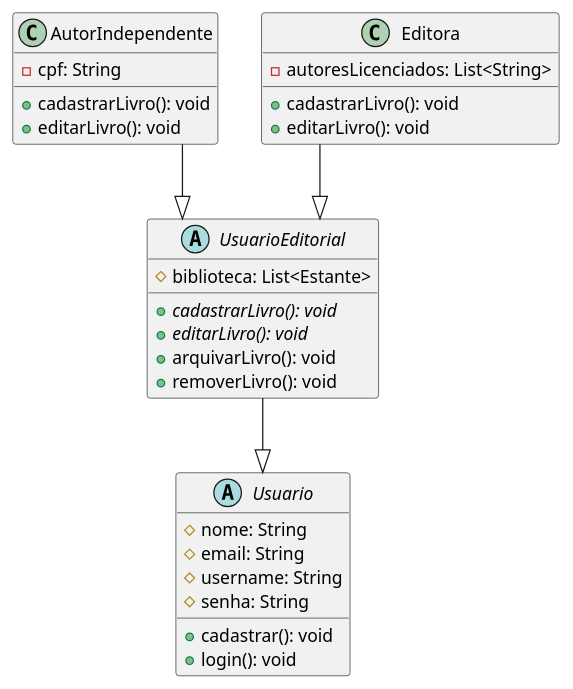
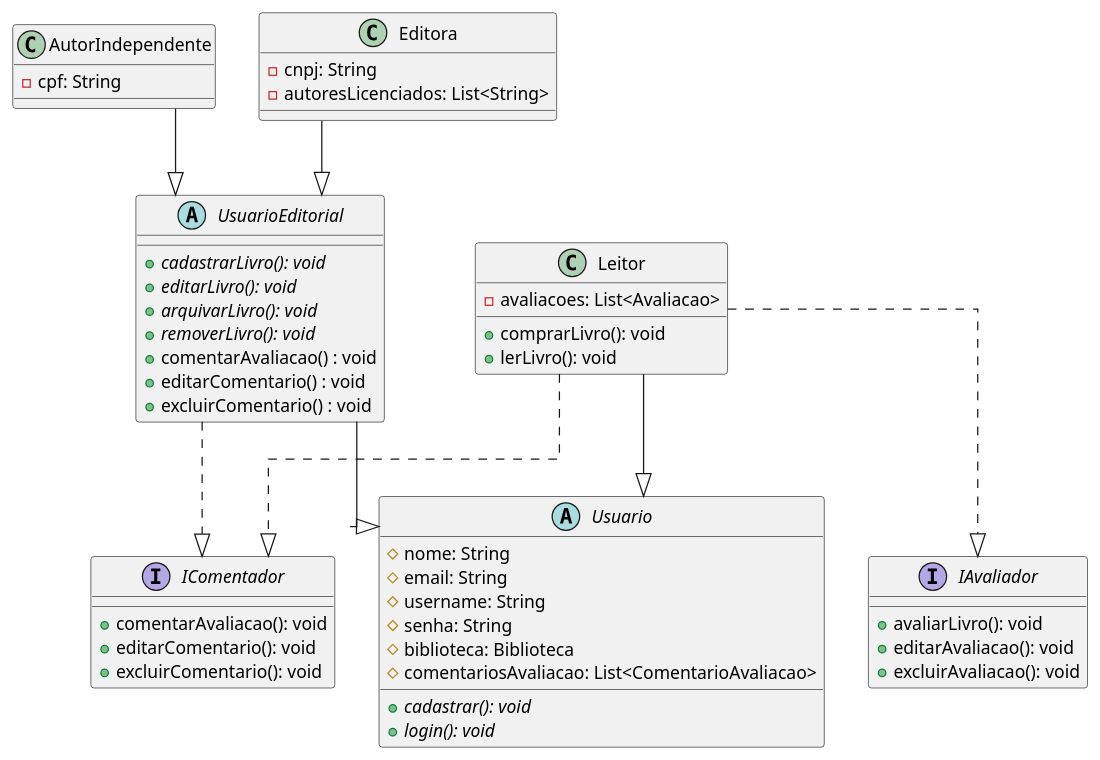
The diagram in docs/codigo-plantuml/diagrama-classe.puml (jalv21/iLib), drawn with PlantUML before and after one commit.

Commit message:
docs/adicionando responsabilidades para cada subclasse de Usuario + interfaces

```diff
--- a/docs/codigo-plantuml/diagrama-classe.puml
+++ b/docs/codigo-plantuml/diagrama-classe.puml
@@ -1,35 +1,58 @@
 @startuml diagrama-classe
 skinparam linetype ortho
 
 abstract class Usuario {
     # nome: String
     # email: String
     # username: String
     # senha: String
-    + cadastrar(): void
-    + login(): void
+    # biblioteca: Biblioteca
+    # comentariosAvaliacao: List<ComentarioAvaliacao>
+    + cadastrar(): void {abstract}
+    + login(): void {abstract}
+}
+
+interface IComentador {
+    + comentarAvaliacao(): void
+    + editarComentario(): void
+    + excluirComentario(): void
 }
 
 abstract class UsuarioEditorial {
-    # biblioteca: List<Estante>
     + cadastrarLivro(): void {abstract}
     + editarLivro(): void {abstract}
-    + arquivarLivro(): void
-    + removerLivro(): void
+    + arquivarLivro(): void {abstract}
+    + removerLivro(): void {abstract}
+    + comentarAvaliacao() : void
+    + editarComentario() : void
+    + excluirComentario() : void
 }
 UsuarioEditorial --|> Usuario
+UsuarioEditorial ..|> IComentador
 
 class AutorIndependente {
     - cpf: String
-    + cadastrarLivro(): void
-    + editarLivro(): void
 }
 AutorIndependente --|> UsuarioEditorial
 
 class Editora {
+    - cnpj: String
     - autoresLicenciados: List<String>
-    + cadastrarLivro(): void
-    + editarLivro(): void
 }
 Editora --|> UsuarioEditorial
+
+interface IAvaliador {
+    + avaliarLivro(): void
+    + editarAvaliacao(): void
+    + excluirAvaliacao(): void
+}
+
+class Leitor {
+    - avaliacoes: List<Avaliacao>
+    + comprarLivro(): void
+    + lerLivro(): void
+}
+Leitor --|> Usuario
+Leitor ..|> IComentador
+Leitor ..|> IAvaliador
 @enduml
```
